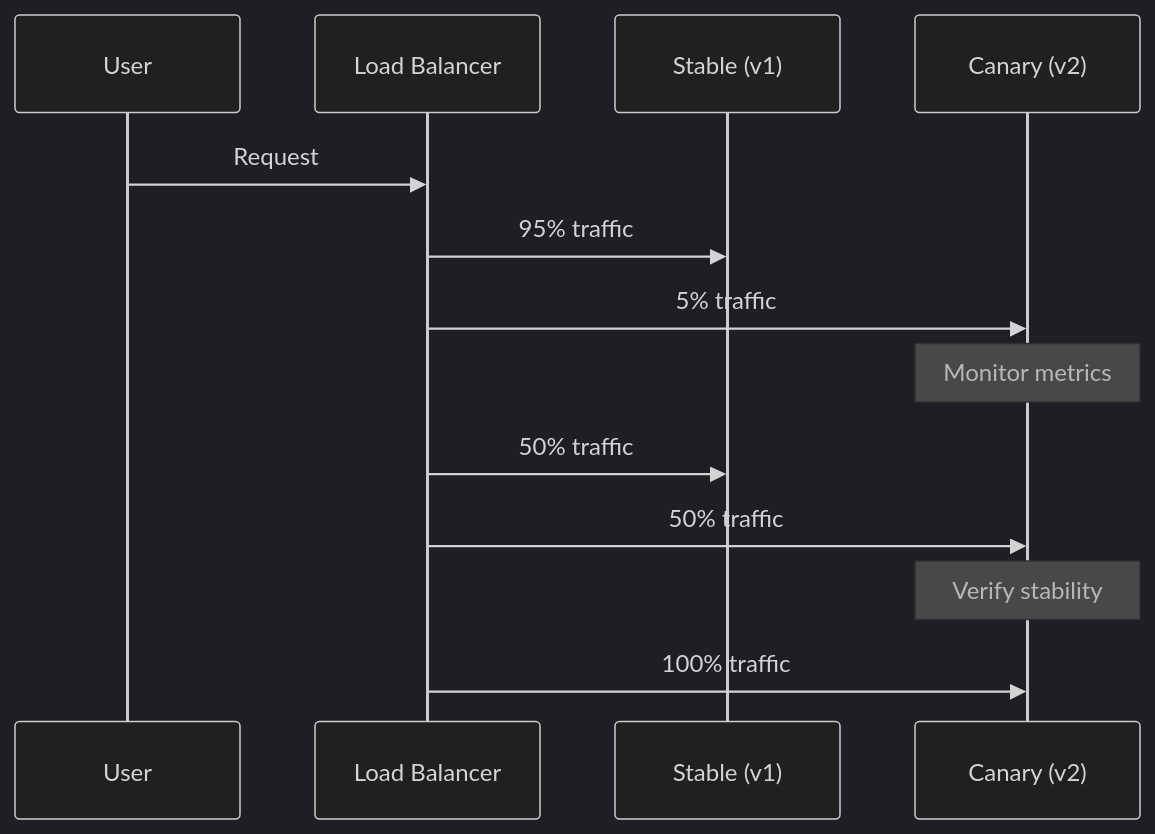
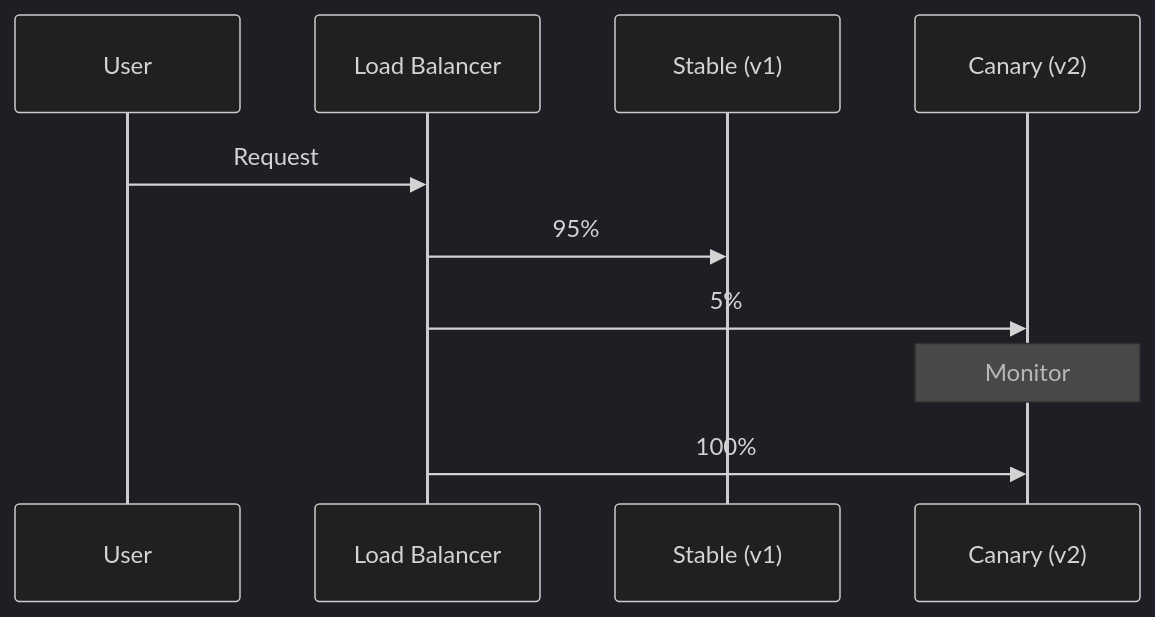
Before and after one commit to saileshkushwaha/AgenticWorld: the seventh of 9 diagrams in forge-framework/DIAGRAMS.md, drawn with Mermaid (dark theme). The commit also changed other lines of this file and 33 other files, not shown here.

````diff
--- a/forge-framework/DIAGRAMS.md
+++ b/forge-framework/DIAGRAMS.md
@@ -202,16 +87,12 @@
 ```mermaid
 sequenceDiagram
     participant User
     participant LB as Load Balancer
     participant Stable as Stable (v1)
     participant Canary as Canary (v2)
-
     User->>LB: Request
-    LB->>Stable: 95% traffic
-    LB->>Canary: 5% traffic
-    Note over Canary: Monitor metrics
-    LB->>Stable: 50% traffic
-    LB->>Canary: 50% traffic
-    Note over Canary: Verify stability
-    LB->>Canary: 100% traffic
+    LB->>Stable: 95%
+    LB->>Canary: 5%
+    Note over Canary: Monitor
+    LB->>Canary: 100%
 ```
````
